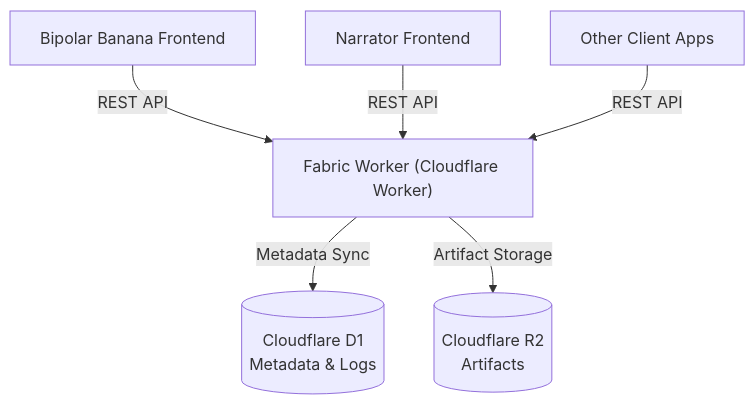
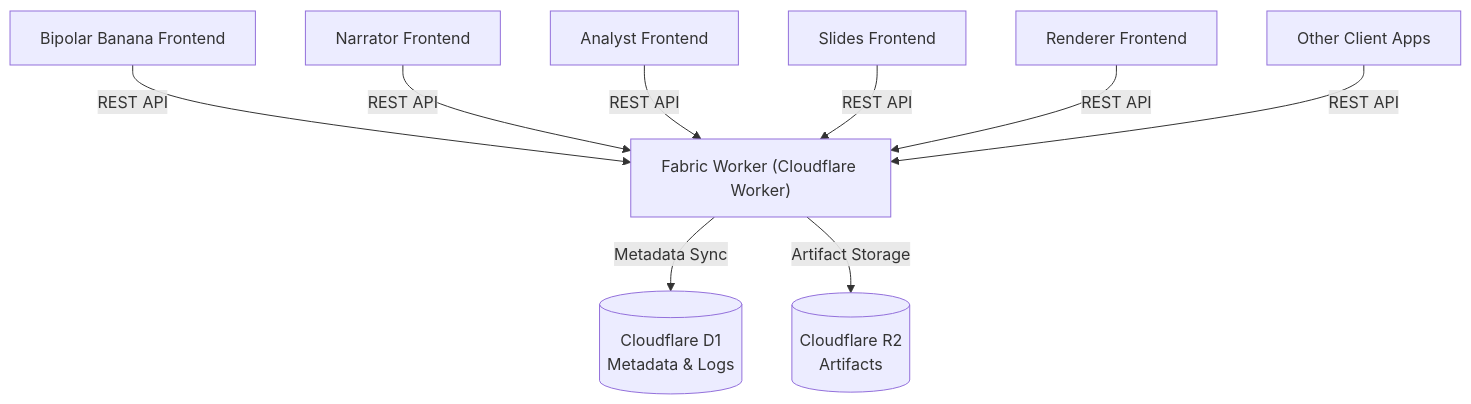
One commit to dmquant/fabric changed the diagram in worker/README.md. Above: the diagram before and after it, drawn with Mermaid. The commit also changed other lines of this file and 56 other files, not shown here.

Commit message:
add analyst, slides, renderer

````diff
--- a/worker/README.md
+++ b/worker/README.md
@@ -8,14 +8,20 @@
 ```mermaid
 graph TD
     BB[Bipolar Banana Frontend]
     NR[Narrator Frontend]
+    AN[Analyst Frontend]
+    SL[Slides Frontend]
+    RD[Renderer Frontend]
     OC[Other Client Apps]
     Worker["Fabric Worker (Cloudflare Worker)"]
     D1[(Cloudflare D1<br/>Metadata & Logs)]
     R2[(Cloudflare R2<br/>Artifacts)]
     BB -->|REST API| Worker
     NR -->|REST API| Worker
+    AN -->|REST API| Worker
+    SL -->|REST API| Worker
+    RD -->|REST API| Worker
     OC -->|REST API| Worker
     Worker -->|Metadata Sync| D1
     Worker -->|Artifact Storage| R2
 ```
````
